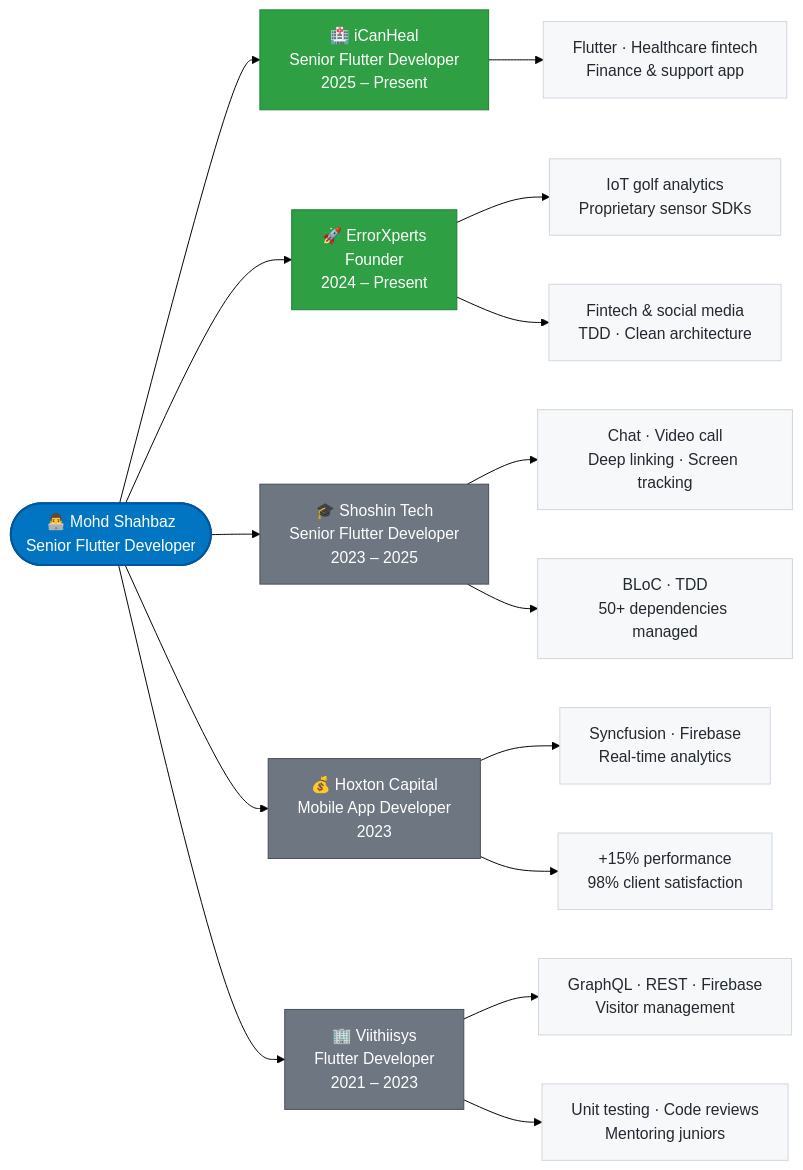
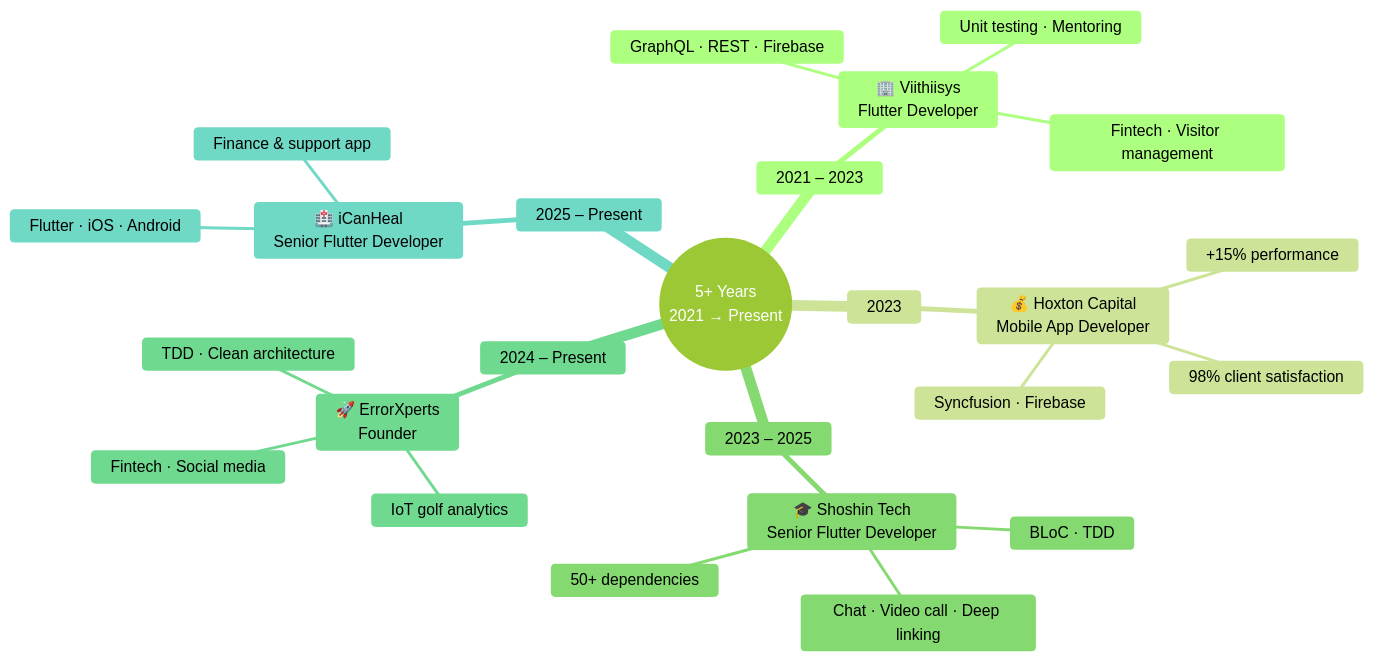
Before and after one commit to shahbazakon/shahbazakon: the diagram in README.md, drawn with Mermaid (forest theme). The commit also changed other lines of this file and 1 other file, not shown here.

First line of the commit message:
README: real app icons, clickable icon theme, mindmap career map, responsive layout

````diff
--- a/README.md
+++ b/README.md
@@ -79,30 +51,29 @@
 ```mermaid
-flowchart LR
-    ME(["👨‍💻 Mohd Shahbaz<br/>Senior Flutter Developer"])
-
-    ME --> ICH["🏥 iCanHeal<br/>Senior Flutter Developer<br/>2025 – Present"]
-    ME --> EX["🚀 ErrorXperts<br/>Founder<br/>2024 – Present"]
-    ME --> ST["🎓 Shoshin Tech<br/>Senior Flutter Developer<br/>2023 – 2025"]
-    ME --> HC["💰 Hoxton Capital<br/>Mobile App Developer<br/>2023"]
-    ME --> VT["🏢 Viithiisys<br/>Flutter Developer<br/>2021 – 2023"]
-
-    ICH --> ICH1["Flutter · Healthcare fintech<br/>Finance & support app"]
-    EX --> EX1["IoT golf analytics<br/>Proprietary sensor SDKs"]
-    EX --> EX2["Fintech & social media<br/>TDD · Clean architecture"]
-    ST --> ST1["Chat · Video call<br/>Deep linking · Screen tracking"]
-    ST --> ST2["BLoC · TDD<br/>50+ dependencies managed"]
-    HC --> HC1["Syncfusion · Firebase<br/>Real-time analytics"]
-    HC --> HC2["+15% performance<br/>98% client satisfaction"]
-    VT --> VT1["GraphQL · REST · Firebase<br/>Visitor management"]
-    VT --> VT2["Unit testing · Code reviews<br/>Mentoring juniors"]
-
-    classDef me fill:#0175C2,stroke:#02569B,color:#fff,stroke-width:2px
-    classDef current fill:#2ea043,stroke:#1a7f37,color:#fff
-    classDef past fill:#6e7681,stroke:#484f58,color:#fff
-    classDef skill fill:#f6f8fa,stroke:#d0d7de,color:#24292f
-
-    class ME me
-    class ICH,EX current
-    class ST,HC,VT past
-    class ICH1,EX1,EX2,ST1,ST2,HC1,HC2,VT1,VT2 skill
+%% Branches read clockwise from the top-right, oldest role first.
+mindmap
+  root((5+ Years<br/>2021 → Present))
+    2021 – 2023
+      🏢 Viithiisys<br/>Flutter Developer
+        GraphQL · REST · Firebase
+        Fintech · Visitor management
+        Unit testing · Mentoring
+    2023
+      💰 Hoxton Capital<br/>Mobile App Developer
+        Syncfusion · Firebase
+        +15% performance
+        98% client satisfaction
+    2023 – 2025
+      🎓 Shoshin Tech<br/>Senior Flutter Developer
+        Chat · Video call · Deep linking
+        BLoC · TDD
+        50+ dependencies
+    2024 – Present
+      🚀 ErrorXperts<br/>Founder
+        IoT golf analytics
+        Fintech · Social media
+        TDD · Clean architecture
+    2025 – Present
+      🏥 iCanHeal<br/>Senior Flutter Developer
+        Finance & support app
+        Flutter · iOS · Android
 ```
````
